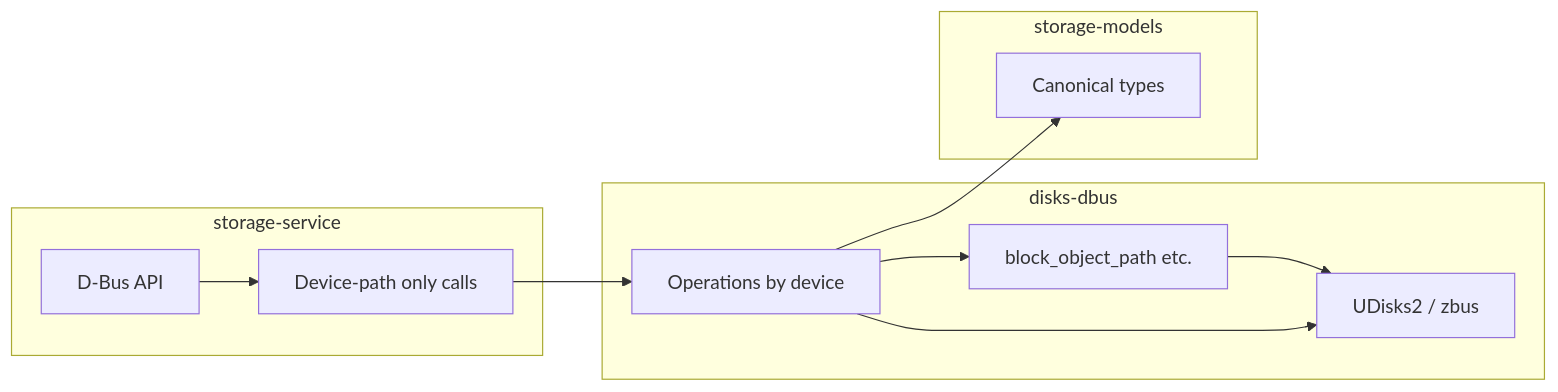
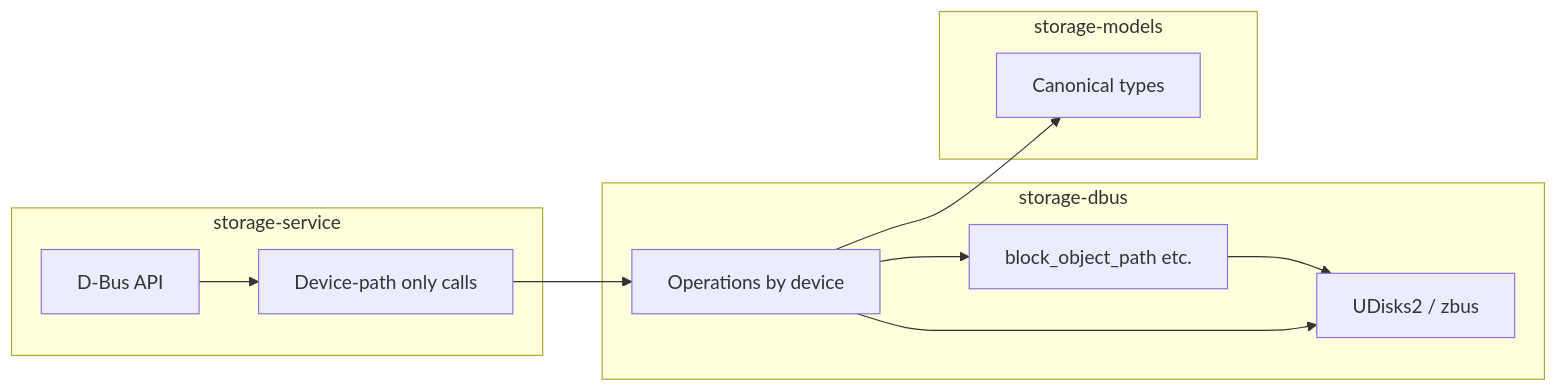
One commit to cosmic-utils/cosmic-ext-disks changed the diagram in .copi/specs/feature/storage-service/disks-dbus-refactor.md. Above: the diagram before and after it, drawn with Mermaid. The commit also changed other lines of this file and 265 other files, not shown here.

````diff
--- a/.copi/specs/feature/storage-service/disks-dbus-refactor.md
+++ b/.copi/specs/feature/storage-service/disks-dbus-refactor.md
@@ -109,21 +109,21 @@
 ```mermaid
 flowchart LR
   subgraph service [storage-service]
     API[D-Bus API]
     Calls[Device-path only calls]
   end
-  subgraph disks_dbus [disks-dbus]
+  subgraph disks_dbus [storage-dbus]
     Resolve[block_object_path etc.]
     Ops[Operations by device]
     UDisks[UDisks2 / zbus]
   end
   subgraph models [storage-models]
     Types[Canonical types]
   end
   API --> Calls
   Calls --> Ops
   Ops --> Resolve
   Ops --> Types
   Resolve --> UDisks
   Ops --> UDisks
 ```
````
